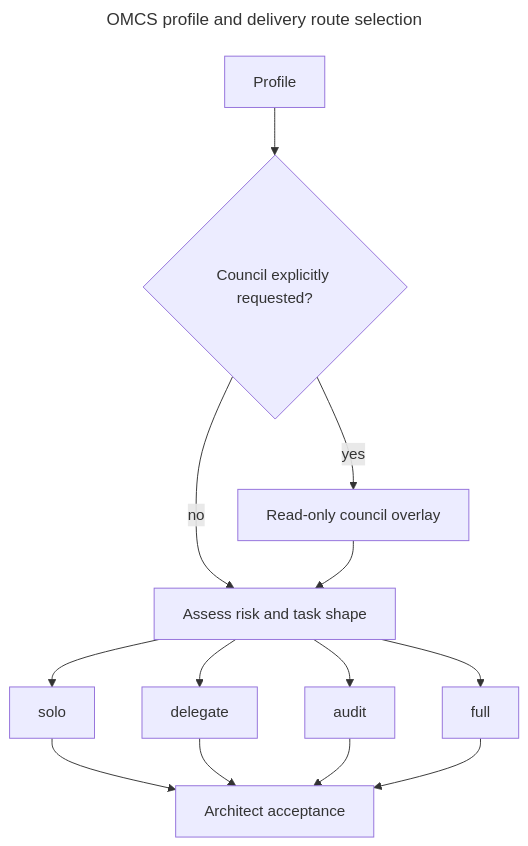
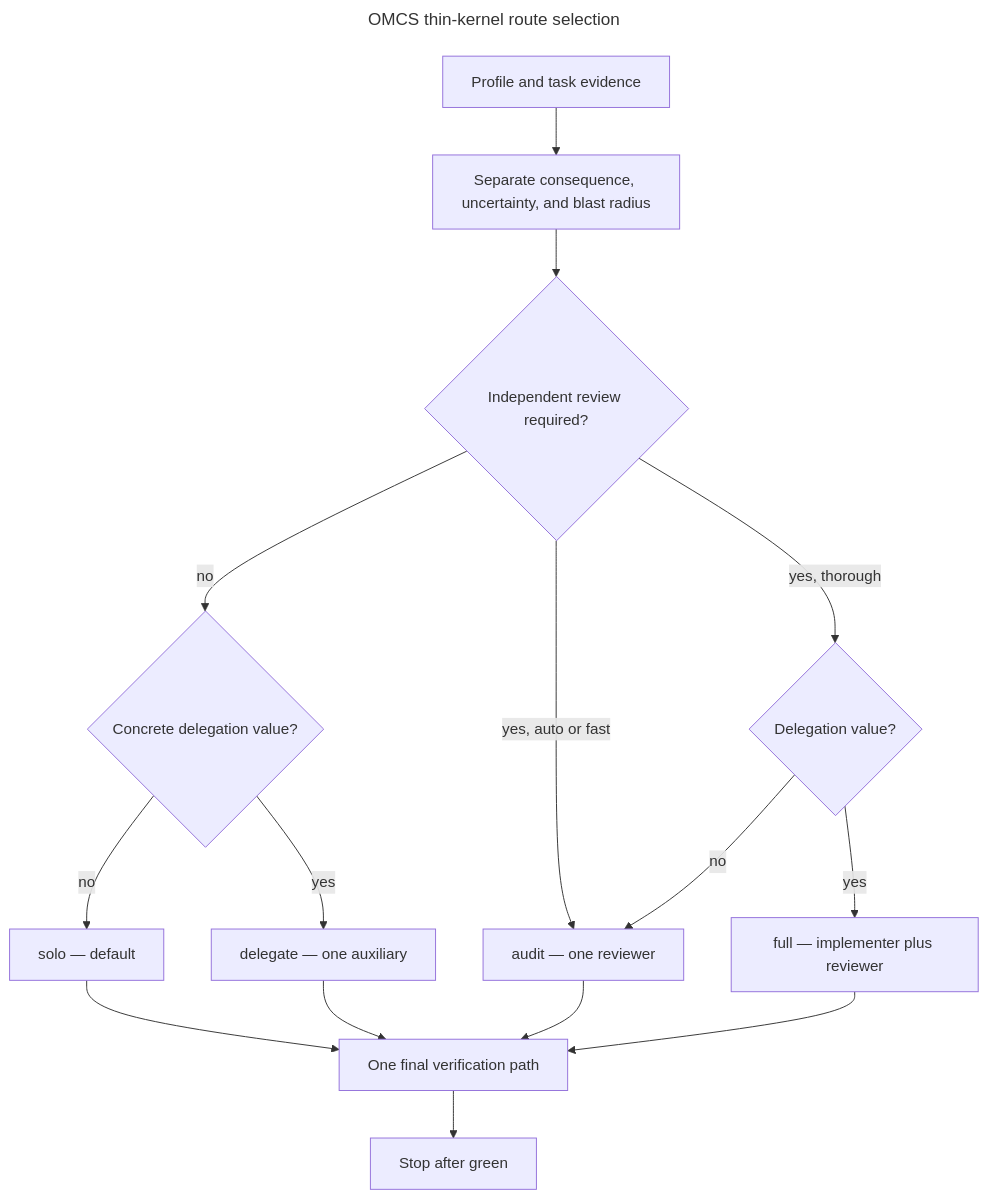
The diagram in docs/diagrams/omcs-routing.mmd (Rafcin/oh-my-codex-slim), drawn with Mermaid before and after one commit. The commit also changed 13 other files, not shown here.

Commit message:
docs: explain the OMCS thin kernel

```diff
--- a/docs/diagrams/omcs-routing.mmd
+++ b/docs/diagrams/omcs-routing.mmd
@@ -1,16 +1,18 @@
 ---
-title: OMCS profile and delivery route selection
+title: OMCS thin-kernel route selection
 ---
 flowchart TD
-    A[Profile] --> B{Council explicitly requested?}
-    B -- yes --> C[Read-only council overlay]
-    B -- no --> D[Assess risk and task shape]
-    C --> D
-    D --> E[solo]
-    D --> F[delegate]
-    D --> G[audit]
-    D --> H[full]
-    E --> I[Architect acceptance]
-    F --> I
-    G --> I
-    H --> I
+    A[Profile and task evidence] --> B[Separate consequence, uncertainty, and blast radius]
+    B --> C{Independent review required?}
+    C -- no --> D{Concrete delegation value?}
+    D -- no --> E[solo — default]
+    D -- yes --> F[delegate — one auxiliary]
+    C -- yes, auto or fast --> G[audit — one reviewer]
+    C -- yes, thorough --> H{Delegation value?}
+    H -- no --> G
+    H -- yes --> I[full — implementer plus reviewer]
+    E --> J[One final verification path]
+    F --> J
+    G --> J
+    I --> J
+    J --> K[Stop after green]
```
